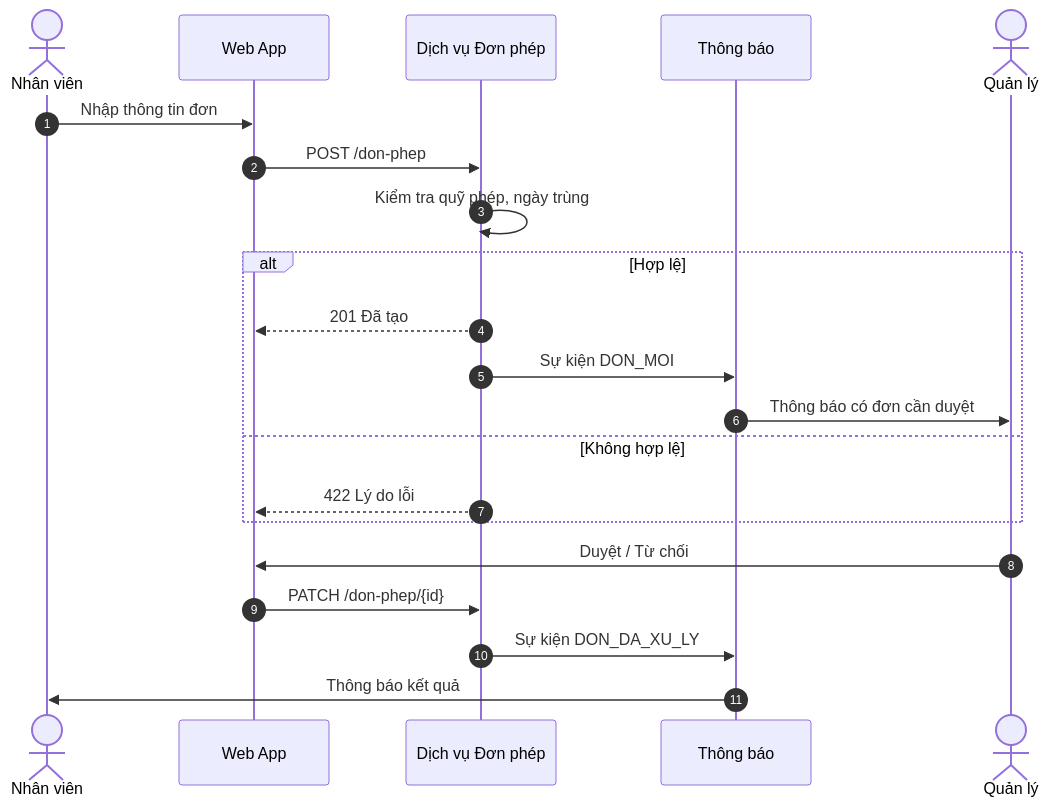
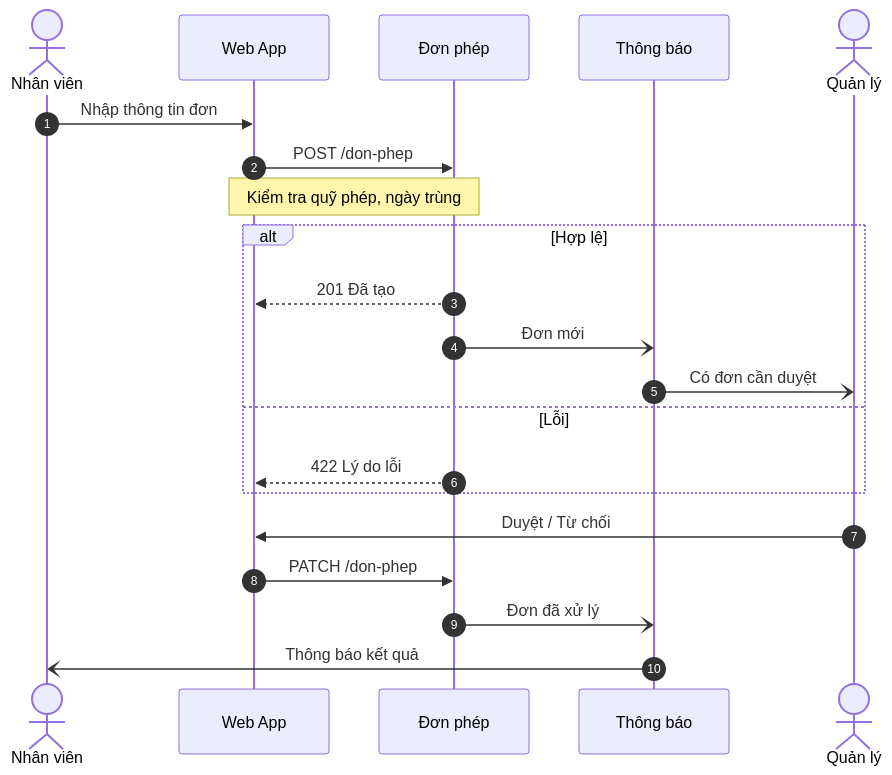
Before and after one commit to quangns/readmd: the second of 5 diagrams in public/samples/srs-mau.md, drawn with Mermaid. The commit also changed other lines of this file and 1 other file, not shown here.

First line of the commit message:
Chuyển sơ đồ kiến trúc sang sequence diagram, trình bày sequence gọn hơn

````diff
--- a/public/samples/srs-mau.md
+++ b/public/samples/srs-mau.md
@@ -67,24 +74,24 @@
 ```mermaid
 %% caption: Luồng tạo và duyệt đơn
 sequenceDiagram
     autonumber
     actor NV as Nhân viên
     participant W as Web App
-    participant A as Dịch vụ Đơn phép
+    participant A as Đơn phép
     participant N as Thông báo
     actor QL as Quản lý
     NV->>W: Nhập thông tin đơn
     W->>A: POST /don-phep
-    A->>A: Kiểm tra quỹ phép, ngày trùng
+    Note over W,A: Kiểm tra quỹ phép, ngày trùng
     alt Hợp lệ
         A-->>W: 201 Đã tạo
-        A->>N: Sự kiện DON_MOI
-        N->>QL: Thông báo có đơn cần duyệt
-    else Không hợp lệ
+        A-)N: Đơn mới
+        N-)QL: Có đơn cần duyệt
+    else Lỗi
         A-->>W: 422 Lý do lỗi
     end
     QL->>W: Duyệt / Từ chối
-    W->>A: PATCH /don-phep/{id}
-    A->>N: Sự kiện DON_DA_XU_LY
-    N->>NV: Thông báo kết quả
+    W->>A: PATCH /don-phep
+    A-)N: Đơn đã xử lý
+    N-)NV: Thông báo kết quả
 ```
````
